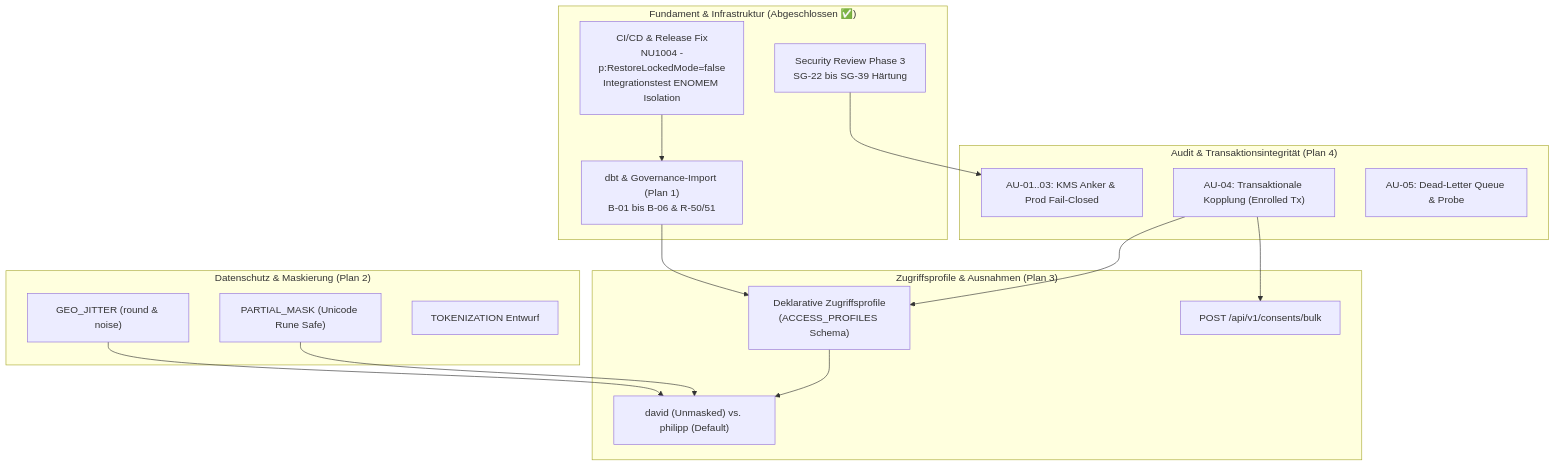
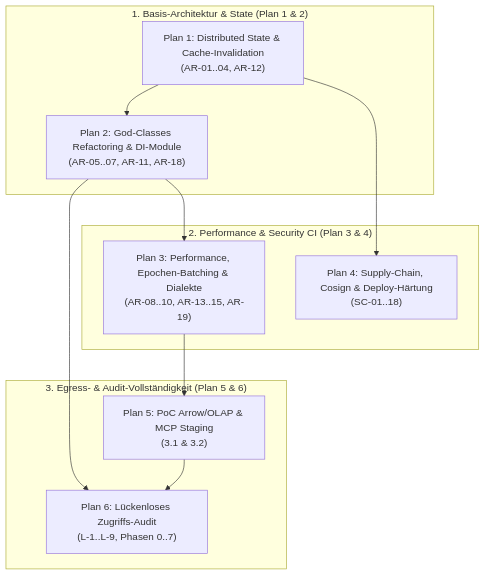
The diagram in docs/plans/00-gesamtplan-uebersicht.md (themulle/autheris), drawn with Mermaid before and after one commit. The commit also changed other lines of this file and 1 other file, not shown here.

Commit message:
docs(plans): add plan for audit by default

````diff
--- a/docs/plans/00-gesamtplan-uebersicht.md
+++ b/docs/plans/00-gesamtplan-uebersicht.md
@@ -22,35 +35,24 @@
 ```mermaid
 flowchart TD
-    subgraph Foundation["Fundament & Infrastruktur (Abgeschlossen ✅)"]
-        CICD["CI/CD & Release Fix<br/>NU1004 -p:RestoreLockedMode=false<br/>Integrationstest ENOMEM Isolation"]
-        SG["Security Review Phase 3<br/>SG-22 bis SG-39 Härtung"]
-        DBT["dbt & Governance-Import (Plan 1)<br/>B-01 bis B-06 & R-50/51"]
+    subgraph Foundation["1. Basis-Architektur & State (Plan 1 & 2)"]
+        STATE["Plan 1: Distributed State & Cache-Invalidation<br/>(AR-01..04, AR-12)"]
+        MODULAR["Plan 2: God-Classes Refactoring & DI-Module<br/>(AR-05..07, AR-11, AR-18)"]
     end
 
-    subgraph SecurityAudit["Audit & Transaktionsintegrität (Plan 4)"]
-        AU_Core["AU-01..03: KMS Anker & Prod Fail-Closed"]
-        AU_Tx["AU-04: Transaktionale Kopplung (Enrolled Tx)"]
-        AU_Resilience["AU-05: Dead-Letter Queue & Probe"]
+    subgraph Optimization["2. Performance & Security CI (Plan 3 & 4)"]
+        PERF["Plan 3: Performance, Epochen-Batching & Dialekte<br/>(AR-08..10, AR-13..15, AR-19)"]
+        SUPPLY["Plan 4: Supply-Chain, Cosign & Deploy-Härtung<br/>(SC-01..18)"]
     end
 
-    subgraph MaskingEngine["Datenschutz & Maskierung (Plan 2)"]
-        GEO["GEO_JITTER (round & noise)"]
-        PARTIAL["PARTIAL_MASK (Unicode Rune Safe)"]
-        TOKEN["TOKENIZATION Entwurf"]
+    subgraph Egress["3. Egress- & Audit-Vollständigkeit (Plan 5 & 6)"]
+        POC["Plan 5: PoC Arrow/OLAP & MCP Staging<br/>(3.1 & 3.2)"]
+        AUDIT["Plan 6: Lückenloses Zugriffs-Audit<br/>(L-1..L-9, Phasen 0..7)"]
     end
 
-    subgraph AccessGovernance["Zugriffsprofile & Ausnahmen (Plan 3)"]
-        PROFILES["Deklarative Zugriffsprofile<br/>(ACCESS_PROFILES Schema)"]
-        CONSENT_API["POST /api/v1/consents/bulk"]
-        DAVID_PHILIPP["david (Unmasked) vs. philipp (Default)"]
-    end
-
-    CICD --> DBT
-    SG --> AU_Core
-    DBT --> PROFILES
-    AU_Tx --> PROFILES
-    AU_Tx --> CONSENT_API
-    GEO --> DAVID_PHILIPP
-    PARTIAL --> DAVID_PHILIPP
-    PROFILES --> DAVID_PHILIPP
+    STATE --> MODULAR
+    MODULAR --> PERF
+    STATE --> SUPPLY
+    MODULAR --> AUDIT
+    PERF --> POC
+    POC --> AUDIT
 ```
````
